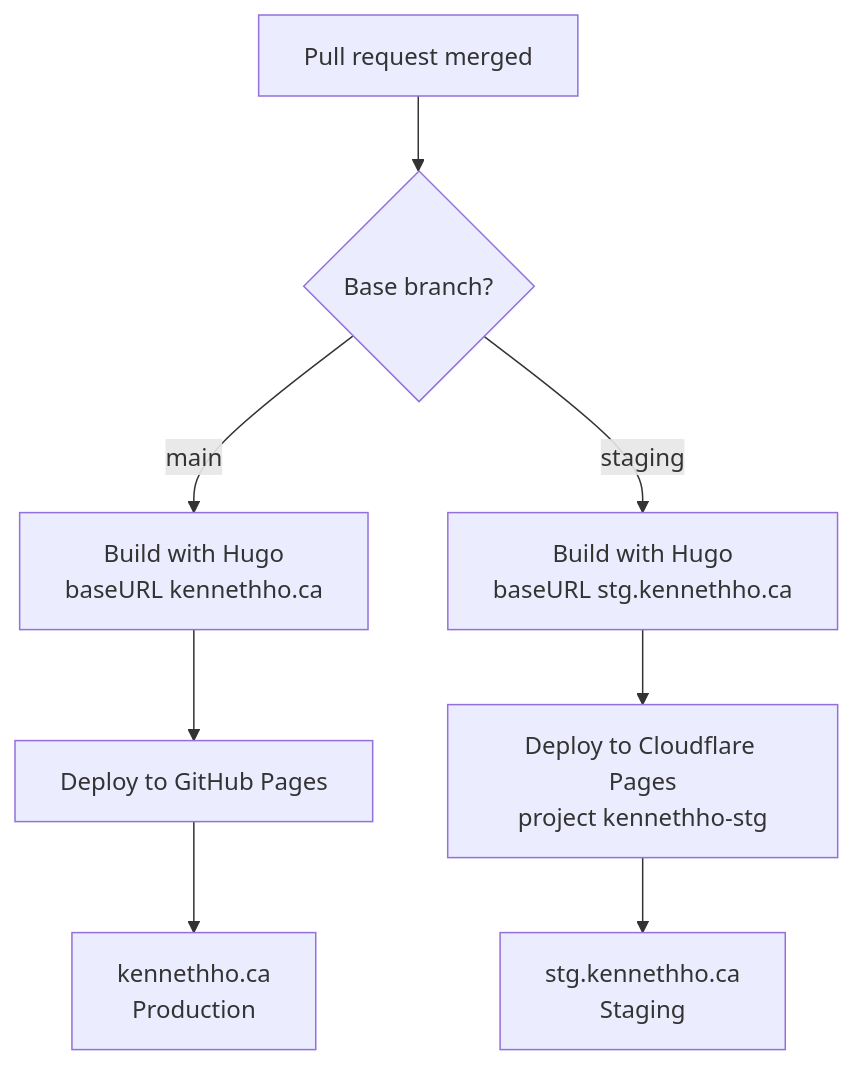
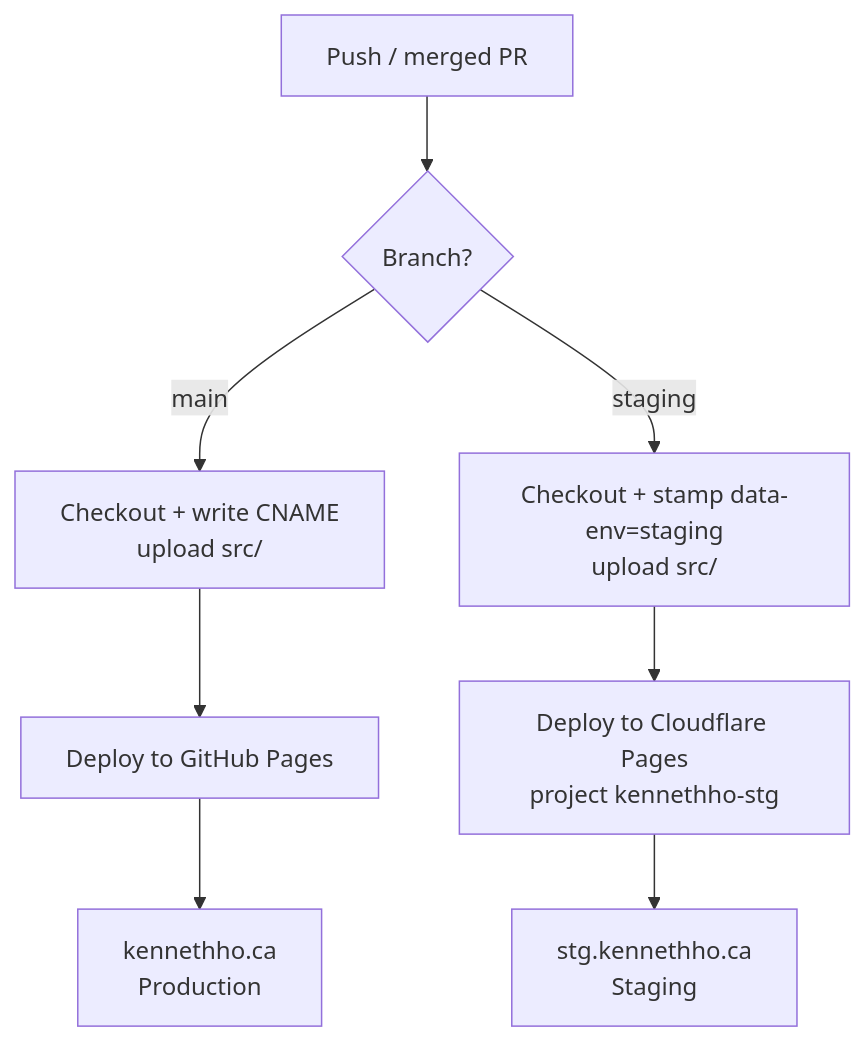
Before and after one commit to im-kenough/im-kenough.github.io: the diagram in docs/ref/ci-cd.md, drawn with Mermaid. The commit also changed other lines of this file and 59 other files, not shown here.

````diff
--- a/docs/ref/ci-cd.md
+++ b/docs/ref/ci-cd.md
@@ -18,12 +19,10 @@
 ```mermaid
 flowchart TD
-    PR[Pull request merged] --> P{Base branch?}
-    P -->|main| BM[Build with Hugo<br/>baseURL kennethho.ca]
-    P -->|staging| BS[Build with Hugo<br/>baseURL stg.kennethho.ca]
-
-    BM --> GH[Deploy to GitHub Pages]
-    BS --> CF[Deploy to Cloudflare Pages<br/>project kennethho-stg]
-
+    PR[Push / merged PR] --> P{Branch?}
+    P -->|main| UM[Checkout + write CNAME<br/>upload src/]
+    P -->|staging| US[Checkout + stamp data-env=staging<br/>upload src/]
+    UM --> GH[Deploy to GitHub Pages]
+    US --> CF[Deploy to Cloudflare Pages<br/>project kennethho-stg]
     GH --> PROD[kennethho.ca<br/>Production]
     CF --> STG[stg.kennethho.ca<br/>Staging]
 ```
````
